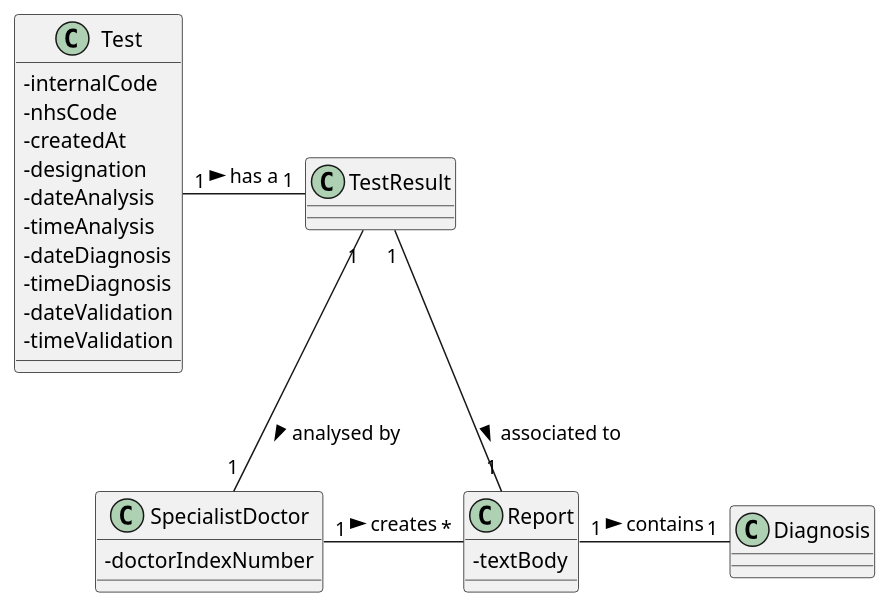
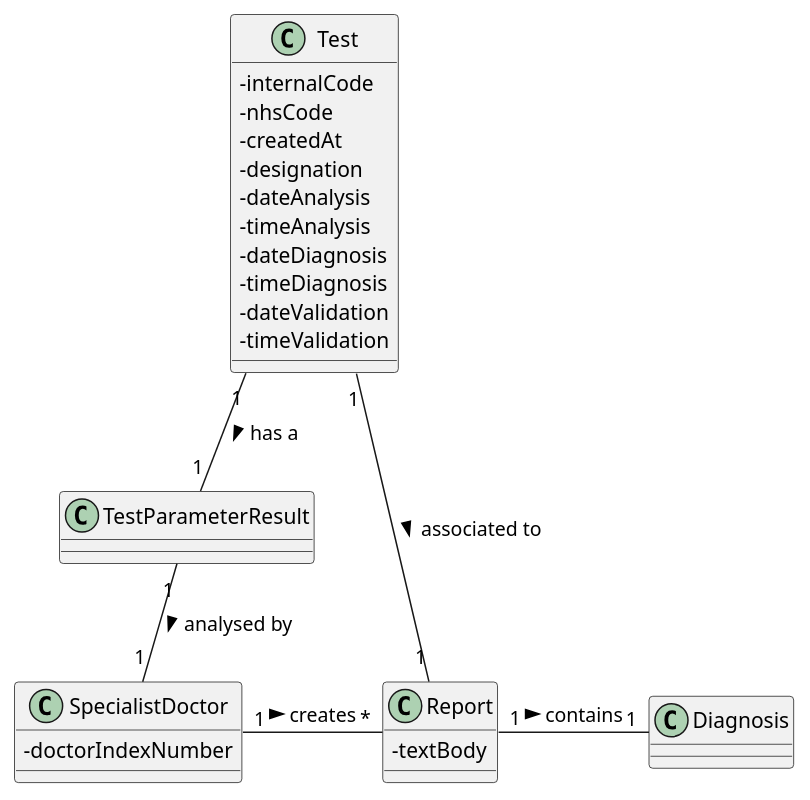
Before and after one commit to MadDinosaur/ISEP-LAPR2: the diagram in docs/SprintC/US14/US14_DM.puml, drawn with PlantUML. The commit also changed 3 other files, not shown here.

```diff
--- a/docs/SprintC/US14/US14_DM.puml
+++ b/docs/SprintC/US14/US14_DM.puml
@@ -1,36 +1,34 @@
 @startuml
 
 skinparam classAttributeIconSize 0
 
 class Test {
 -internalCode
 -nhsCode
 -createdAt
 -designation
 -dateAnalysis
 -timeAnalysis
 -dateDiagnosis
 -timeDiagnosis
 -dateValidation
 -timeValidation
 }
 
-class TestResult
-
 class SpecialistDoctor {
 -doctorIndexNumber
 }
 
 class Diagnosis
 
 class Report {
 -textBody
 }
 
-Test "1"-"1" TestResult: has a >
-TestResult "1"-"1" Report: associated to >
+Test "1"-down-"1" TestParameterResult: has a >
+Test "1"-"1" Report: associated to >
 Report "1"-"1" Diagnosis: contains >
-TestResult "1"-down-"1" SpecialistDoctor: analysed by >
+TestParameterResult "1"-down-"1" SpecialistDoctor: analysed by >
 SpecialistDoctor "1"-right-"*" Report: creates >
 
 @enduml
```
